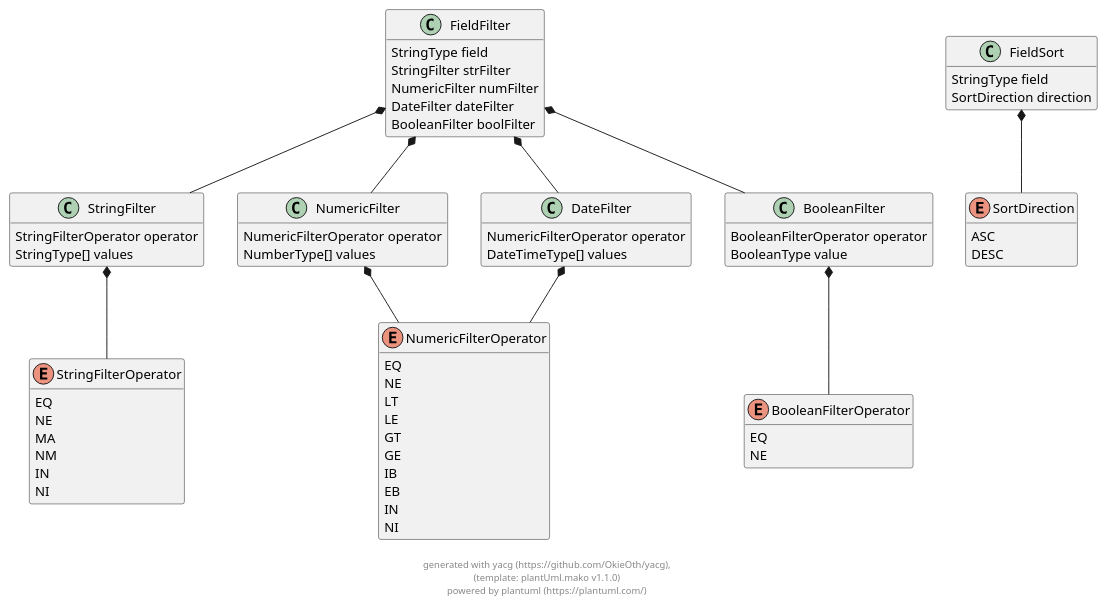
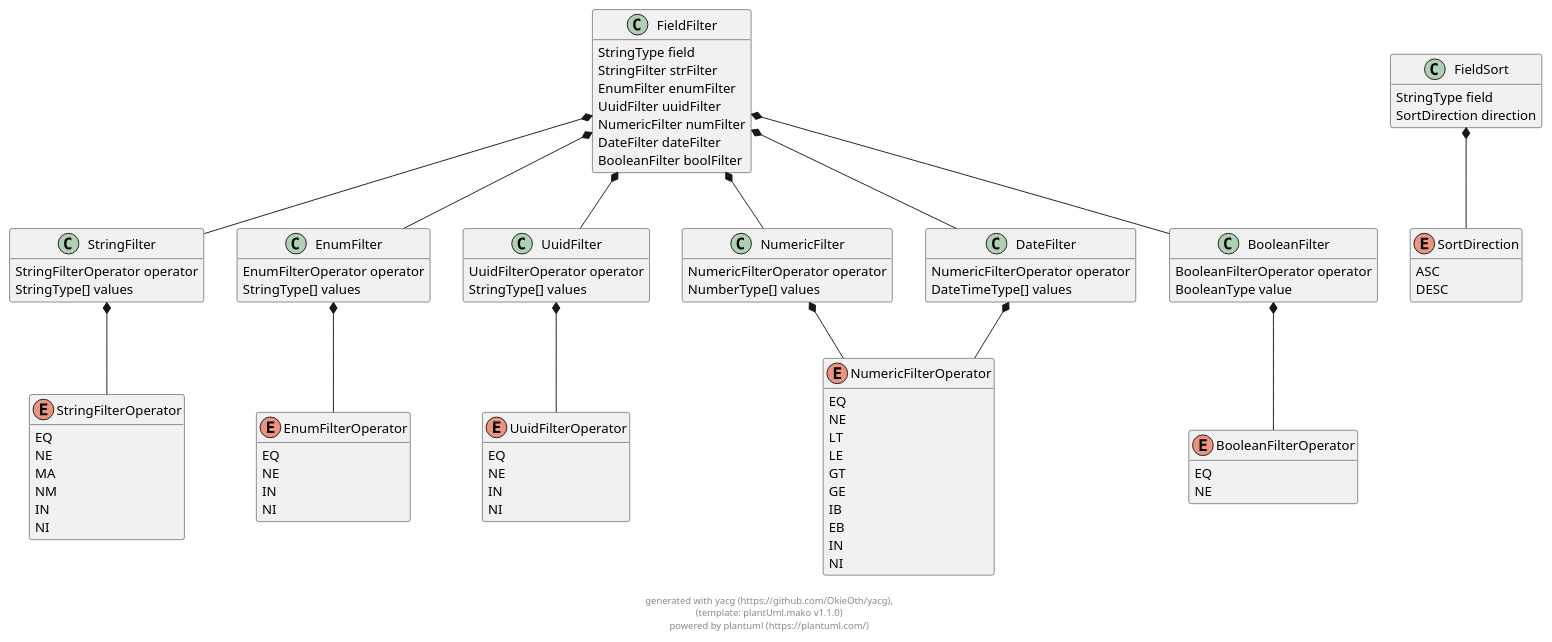
The diagram in docs/generated/filter_types.puml (OkieOth/nibelheim_ts), drawn with PlantUML before and after one commit. The commit also changed 8 other files, not shown here.

```diff
--- a/docs/generated/filter_types.puml
+++ b/docs/generated/filter_types.puml
@@ -2,125 +2,173 @@
 @startuml
 hide empty methods
 
 class FieldFilter {
         StringType field
         StringFilter strFilter
+        EnumFilter enumFilter
+        UuidFilter uuidFilter
         NumericFilter numFilter
         DateFilter dateFilter
         BooleanFilter boolFilter
 }
 
 
 class StringFilter {
         StringFilterOperator operator
+        StringType[] values
+}
+
+
+class EnumFilter {
+        EnumFilterOperator operator
+        StringType[] values
+}
+
+
+class UuidFilter {
+        UuidFilterOperator operator
         StringType[] values
 }
 
 
 class NumericFilter {
         NumericFilterOperator operator
         NumberType[] values
 }
 
 
 class DateFilter {
         NumericFilterOperator operator
         DateTimeType[] values
 }
 
 
 class BooleanFilter {
         BooleanFilterOperator operator
         BooleanType value
 }
 
 
 enum NumericFilterOperator {
     EQ
     NE
     LT
     LE
     GT
     GE
     IB
     EB
     IN
     NI
 }
 
 
 enum StringFilterOperator {
     EQ
     NE
     MA
     NM
     IN
     NI
 }
 
 
+enum EnumFilterOperator {
+    EQ
+    NE
+    IN
+    NI
+}
+
+
+enum UuidFilterOperator {
+    EQ
+    NE
+    IN
+    NI
+}
+
+
 enum BooleanFilterOperator {
     EQ
     NE
 }
 
 
 enum SortDirection {
     ASC
     DESC
 }
 
 
 class FieldSort {
         StringType field
         SortDirection direction
 }
 
 
 
     
 
 FieldFilter  *--  StringFilter
             
 
+FieldFilter  *--  EnumFilter
+            
+
+FieldFilter  *--  UuidFilter
+            
+
 FieldFilter  *--  NumericFilter
             
 
 FieldFilter  *--  DateFilter
             
 
 FieldFilter  *--  BooleanFilter
             
 
     
 StringFilter  *--  StringFilterOperator
+            
+
+
+    
+EnumFilter  *--  EnumFilterOperator
+            
+
+
+    
+UuidFilter  *--  UuidFilterOperator
             
 
 
     
 NumericFilter  *--  NumericFilterOperator
             
 
 
     
 DateFilter  *--  NumericFilterOperator
             
 
 
     
 BooleanFilter  *--  BooleanFilterOperator
             
 
 
     
     
     
     
     
+    
+    
 
 FieldSort  *--  SortDirection
             
 
 
 footer \ngenerated with yacg (https://github.com/OkieOth/yacg),\n(template: plantUml.mako v1.1.0)\npowered by plantuml (https://plantuml.com/)
 @enduml
```
